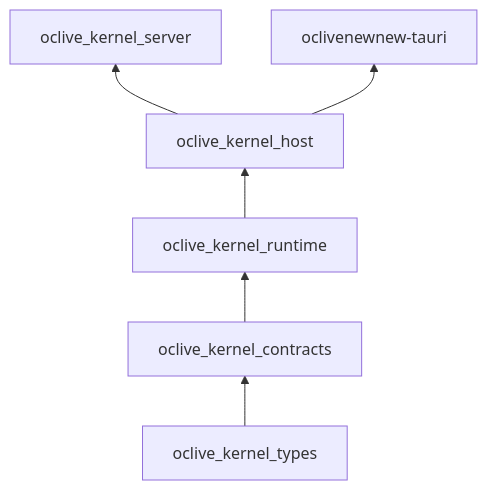
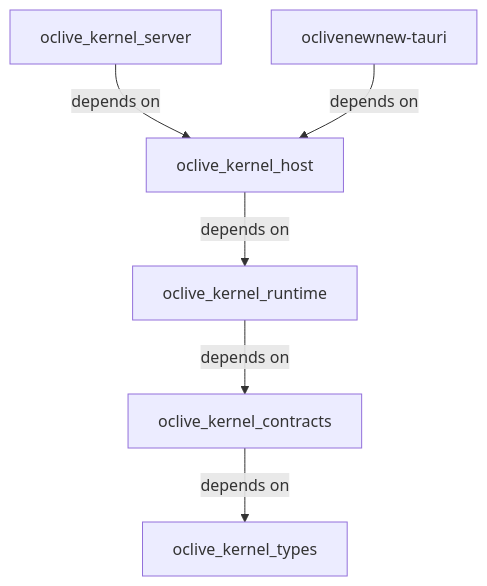
The diagram in kernel/crates/README.md (linkaiheng2233-cyber/oclivenewnew), drawn with Mermaid before and after one commit. The commit also changed other lines of this file and 231 other files, not shown here.

Commit message:
docs(architecture): align project around tool kernel

````diff
--- a/kernel/crates/README.md
+++ b/kernel/crates/README.md
@@ -9,12 +9,14 @@
 ```mermaid
-flowchart BT
+flowchart TB
   types[oclive_kernel_types]
   contracts[oclive_kernel_contracts]
   runtime[oclive_kernel_runtime]
   host[oclive_kernel_host]
   server[oclive_kernel_server]
   tauri[oclivenewnew-tauri]
-  types --> contracts --> runtime --> host
-  host --> server
-  host --> tauri
+  server -->|depends on| host
+  tauri -->|depends on| host
+  host -->|depends on| runtime
+  runtime -->|depends on| contracts
+  contracts -->|depends on| types
 ```
````
